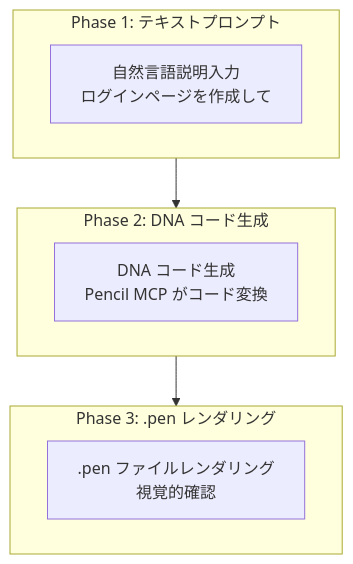
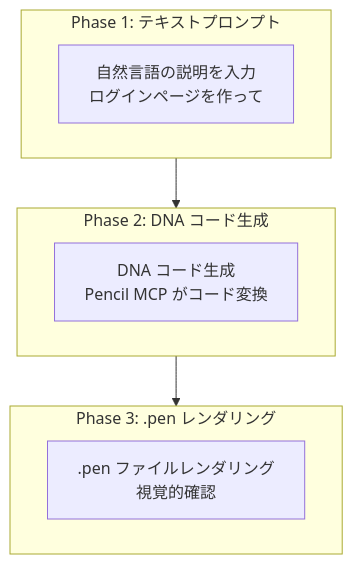
One commit to modu-ai/moai-adk changed the second of 4 diagrams in docs-site/content/ja/advanced/pencil-guide.md. Above: the diagram before and after it, drawn with Mermaid. The commit also changed other lines of this file and 395 other files, not shown here.

````diff
--- a/docs-site/content/ja/advanced/pencil-guide.md
+++ b/docs-site/content/ja/advanced/pencil-guide.md
@@ -247,17 +213,17 @@
 ```mermaid
 flowchart TD
     subgraph P1["Phase 1: テキストプロンプト"]
-        TP["自然言語説明入力<br>ログインページを作成して"]
+        TP["自然言語の説明を入力<br>ログインページを作って"]
     end
 
     subgraph P2["Phase 2: DNA コード生成"]
         DC["DNA コード生成<br>Pencil MCP がコード変換"]
     end
 
     subgraph P3["Phase 3: .pen レンダリング"]
         PR[".pen ファイルレンダリング<br>視覚的確認"]
     end
 
     P1 --> P2
     P2 --> P3
 ```
````
